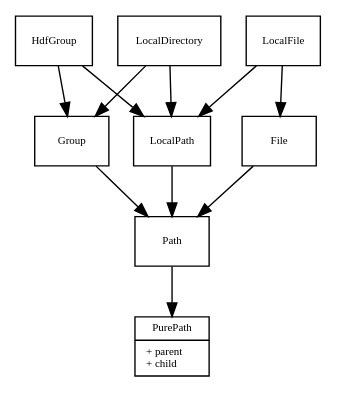
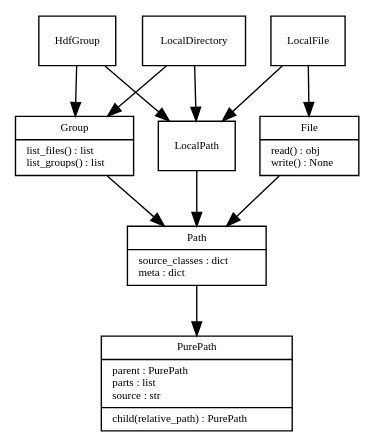
The diagram in theory/data_access.dot (Mome/baumschule), drawn with Graphviz before and after one commit. The commit also changed 3 other files, not shown here.

```diff
--- a/theory/data_access.dot
+++ b/theory/data_access.dot
@@ -1,28 +1,31 @@
 digraph FileAccess{
 
 fontname = "Bitstream Vera Sans"
 fontsize = 8
 
 node [
     fontname = "Bitstream Vera Sans"
     fontsize = 8
     shape = "record"
 ]
 
-PurePath [label="{PurePath|+ parent\l+ child\l}"]
+PurePath [label="{PurePath|parent : PurePath\lparts : list\lsource : str\l|child(relative_path) : PurePath\l}"]
+Path [label="{Path|source_classes : dict\lmeta : dict\l}"]
+Group [label="{Group|list_files() : list\llist_groups() : list\l}"]
+File [label="{File|read() : obj\lwrite() : None\l}"]
 
 Path -> PurePath 
 Group -> Path
 File -> Path
 LocalPath -> Path
 
 LocalFile -> LocalPath
 LocalFile -> File
 
 LocalDirectory -> LocalPath
 LocalDirectory -> Group
 
 HdfGroup -> LocalPath
 HdfGroup -> Group
 
 }
```
